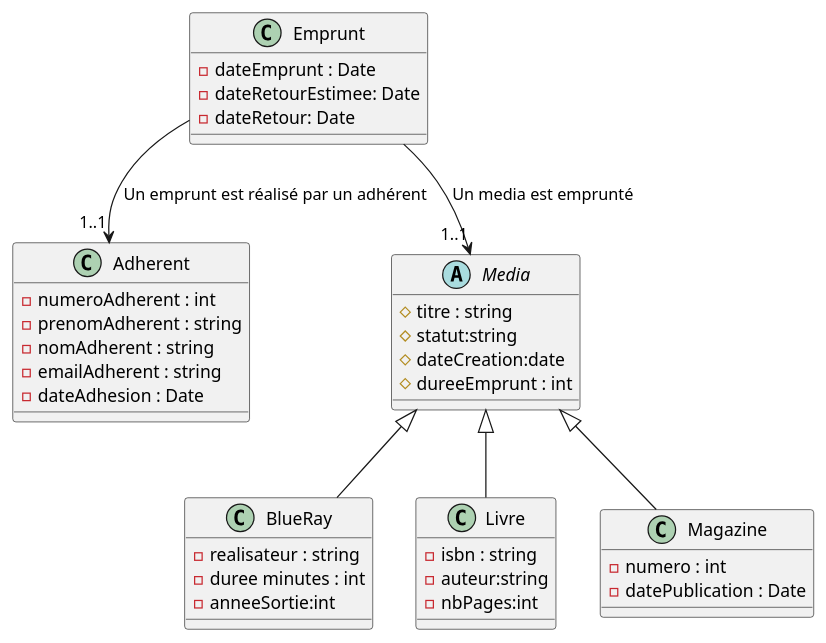
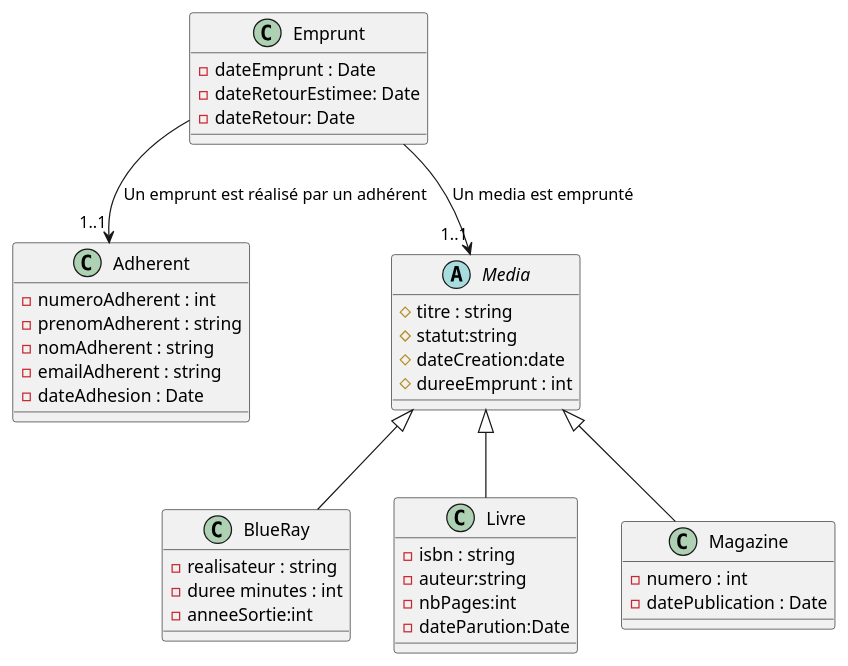
One commit to mutulus/php-bts-bibliotheque-projet changed the diagram in documentation/diagrammeClasse.puml. Above: the diagram before and after it, drawn with PlantUML. The commit also changed 6 other files, not shown here.

```diff
--- a/documentation/diagrammeClasse.puml
+++ b/documentation/diagrammeClasse.puml
@@ -1,54 +1,55 @@
 @startuml
 'https://plantuml.com/sequence-diagram
 Class Adherent{
     -numeroAdherent : int
     -prenomAdherent : string
     -nomAdherent : string
     -emailAdherent : string
     -dateAdhesion : Date
 
 }
 Abstract Class Media{
     #titre : string
     #statut:string
     #dateCreation:date
     #dureeEmprunt : int
 }
 Class BlueRay{
     -realisateur : string
     -duree minutes : int
     -anneeSortie:int
 
 }
 
 Class Livre{
     -isbn : string
     -auteur:string
     -nbPages:int
+    -dateParution:Date
 
 
 
 
 }
 
 Class Magazine{
     -numero : int
     -datePublication : Date
 
 }
 
 Class Emprunt{
     -dateEmprunt : Date
     -dateRetourEstimee: Date
     -dateRetour: Date
 
 }
 Media <|-- Livre
 Media <|-- BlueRay
 Media <|-- Magazine
 
 Emprunt  --> "1..1" Media : Un media est emprunté
 Emprunt --> "1..1" Adherent : Un emprunt est réalisé par un adhérent
 
 
 @enduml
```
